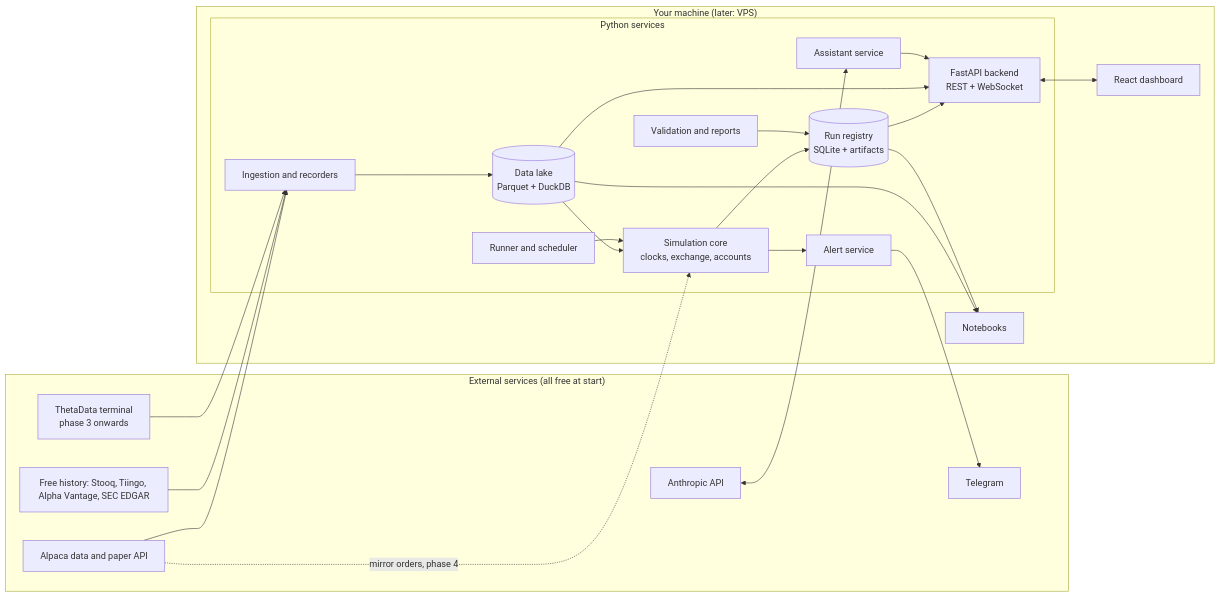
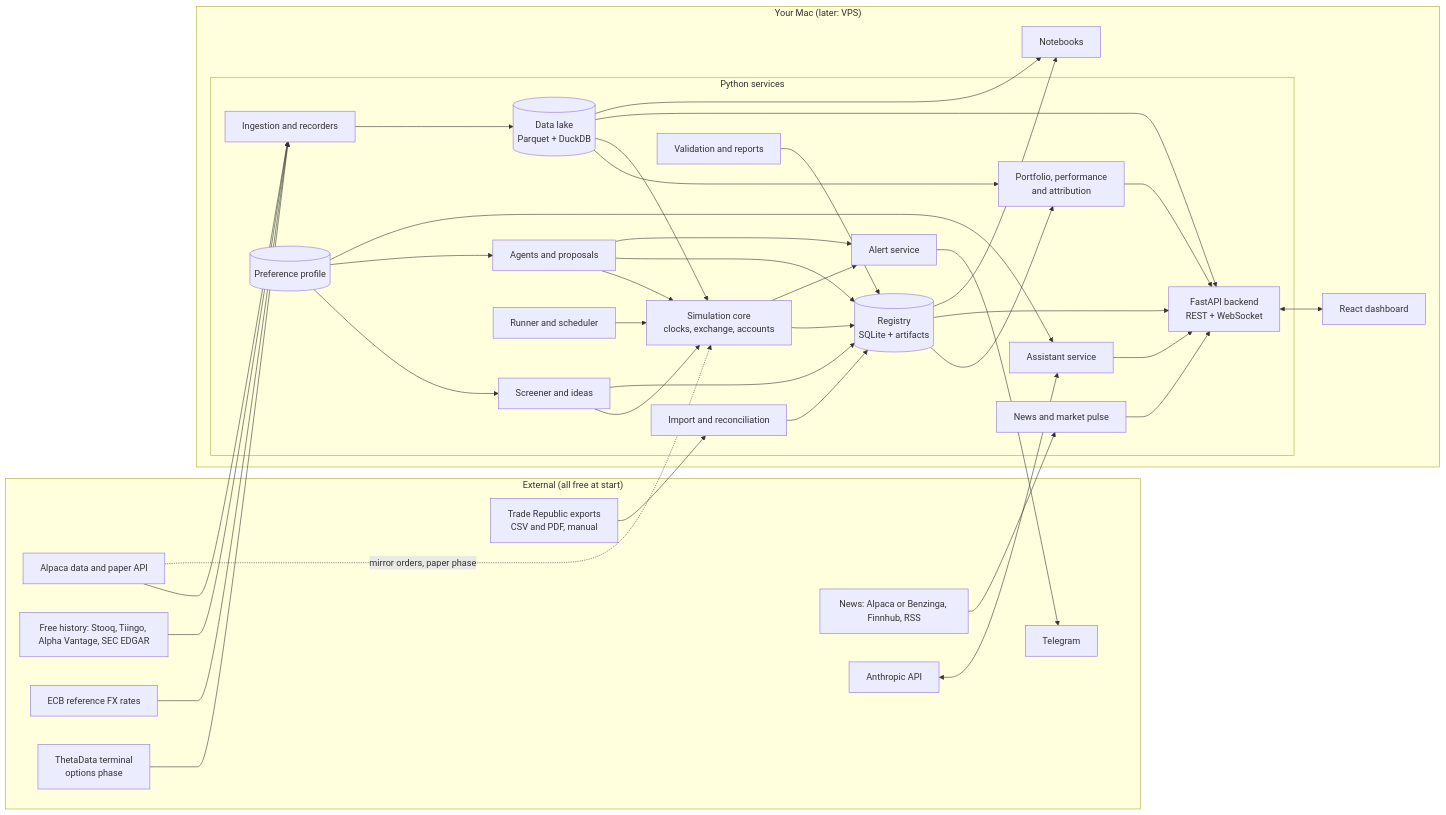
One commit to MLHaoChang/Test changed the diagram in docs/playground-spec.md. Above: the diagram before and after it, drawn with Mermaid. The commit also changed other lines of this file and 22 other files, not shown here.

````diff
--- a/docs/playground-spec.md
+++ b/docs/playground-spec.md
@@ -42,45 +60,69 @@
 ```mermaid
 flowchart LR
-    subgraph Ext["External services (all free at start)"]
+    subgraph Ext["External (all free at start)"]
+        TREXP[Trade Republic exports<br/>CSV and PDF, manual]
         ALP[Alpaca data and paper API]
         FREE[Free history: Stooq, Tiingo, Alpha Vantage, SEC EDGAR]
-        THETA[ThetaData terminal<br/>phase 3 onwards]
+        NEWSF[News: Alpaca or Benzinga, Finnhub, RSS]
+        ECB[ECB reference FX rates]
+        THETA[ThetaData terminal<br/>options phase]
         TG[Telegram]
         LLMAPI[Anthropic API]
     end
 
-    subgraph Host["Your machine (later: VPS)"]
+    subgraph Host["Your Mac (later: VPS)"]
         subgraph Py["Python services"]
+            IMPORT[Import and reconciliation]
             ING[Ingestion and recorders]
             LAKE[(Data lake<br/>Parquet + DuckDB)]
+            PORT[Portfolio, performance<br/>and attribution]
             CORE[Simulation core<br/>clocks, exchange, accounts]
+            AGENTS[Agents and proposals]
+            SCREEN[Screener and ideas]
+            NEWS[News and market pulse]
             RUN[Runner and scheduler]
             VAL[Validation and reports]
-            REG[(Run registry<br/>SQLite + artifacts)]
+            REG[(Registry<br/>SQLite + artifacts)]
+            PREF[(Preference profile)]
             API[FastAPI backend<br/>REST + WebSocket]
             ASST[Assistant service]
             ALERT[Alert service]
         end
         UI[React dashboard]
         NB[Notebooks]
     end
 
+    TREXP --> IMPORT --> REG
     ALP --> ING
     FREE --> ING
+    ECB --> ING
     THETA --> ING
+    NEWSF --> NEWS
     ING --> LAKE
+    LAKE --> PORT
+    REG --> PORT
     LAKE --> CORE
     CORE --> REG
     RUN --> CORE
+    AGENTS --> CORE
+    AGENTS --> REG
+    SCREEN --> CORE
+    SCREEN --> REG
+    PREF --> SCREEN
+    PREF --> AGENTS
+    PREF --> ASST
     VAL --> REG
     REG --> API
     LAKE --> API
+    NEWS --> API
+    PORT --> API
     API <--> UI
     LAKE --> NB
     REG --> NB
     ASST --> API
     LLMAPI <--> ASST
     ALERT --> TG
+    AGENTS --> ALERT
     CORE --> ALERT
-    ALP -. mirror orders, phase 4 .-> CORE
+    ALP -. mirror orders, paper phase .-> CORE
 ```
````
